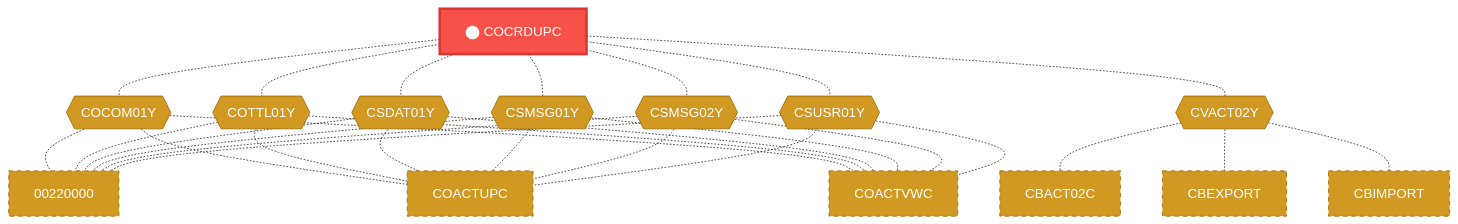
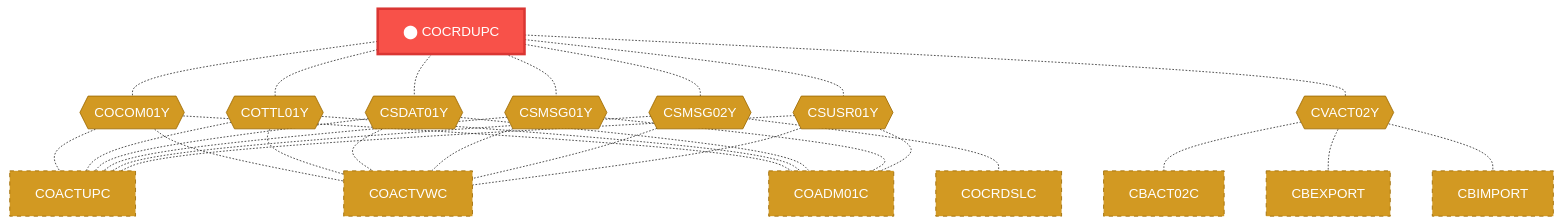
The first of 2 diagrams in Unisys_doc-main/doc_demo/docs/programs/COCRDUPC.md (Arun973150/new_doc), drawn with Mermaid before and after one commit. The commit also changed other lines of this file and 609 other files, not shown here.

````diff
--- a/Unisys_doc-main/doc_demo/docs/programs/COCRDUPC.md
+++ b/Unisys_doc-main/doc_demo/docs/programs/COCRDUPC.md
@@ -59,66 +59,66 @@
 ```mermaid
 flowchart TD
     COCRDUPC["⬤ COCRDUPC"]:::target
     CB_COCOM01Y{{"COCOM01Y"}}:::copybook
     COCRDUPC -.- CB_COCOM01Y
-    00220000["00220000"]:::coupled
-    CB_COCOM01Y -.- 00220000
     COACTUPC["COACTUPC"]:::coupled
     CB_COCOM01Y -.- COACTUPC
     COACTVWC["COACTVWC"]:::coupled
     CB_COCOM01Y -.- COACTVWC
+    COADM01C["COADM01C"]:::coupled
+    CB_COCOM01Y -.- COADM01C
     CB_COTTL01Y{{"COTTL01Y"}}:::copybook
     COCRDUPC -.- CB_COTTL01Y
-    00220000["00220000"]:::coupled
-    CB_COTTL01Y -.- 00220000
     COACTUPC["COACTUPC"]:::coupled
     CB_COTTL01Y -.- COACTUPC
     COACTVWC["COACTVWC"]:::coupled
     CB_COTTL01Y -.- COACTVWC
+    COADM01C["COADM01C"]:::coupled
+    CB_COTTL01Y -.- COADM01C
     CB_CSDAT01Y{{"CSDAT01Y"}}:::copybook
     COCRDUPC -.- CB_CSDAT01Y
-    00220000["00220000"]:::coupled
-    CB_CSDAT01Y -.- 00220000
     COACTUPC["COACTUPC"]:::coupled
     CB_CSDAT01Y -.- COACTUPC
     COACTVWC["COACTVWC"]:::coupled
     CB_CSDAT01Y -.- COACTVWC
+    COADM01C["COADM01C"]:::coupled
+    CB_CSDAT01Y -.- COADM01C
     CB_CSMSG01Y{{"CSMSG01Y"}}:::copybook
     COCRDUPC -.- CB_CSMSG01Y
-    00220000["00220000"]:::coupled
-    CB_CSMSG01Y -.- 00220000
     COACTUPC["COACTUPC"]:::coupled
     CB_CSMSG01Y -.- COACTUPC
     COACTVWC["COACTVWC"]:::coupled
     CB_CSMSG01Y -.- COACTVWC
+    COADM01C["COADM01C"]:::coupled
+    CB_CSMSG01Y -.- COADM01C
     CB_CSMSG02Y{{"CSMSG02Y"}}:::copybook
     COCRDUPC -.- CB_CSMSG02Y
-    00220000["00220000"]:::coupled
-    CB_CSMSG02Y -.- 00220000
     COACTUPC["COACTUPC"]:::coupled
     CB_CSMSG02Y -.- COACTUPC
     COACTVWC["COACTVWC"]:::coupled
     CB_CSMSG02Y -.- COACTVWC
+    COCRDSLC["COCRDSLC"]:::coupled
+    CB_CSMSG02Y -.- COCRDSLC
     CB_CSUSR01Y{{"CSUSR01Y"}}:::copybook
     COCRDUPC -.- CB_CSUSR01Y
-    00220000["00220000"]:::coupled
-    CB_CSUSR01Y -.- 00220000
     COACTUPC["COACTUPC"]:::coupled
     CB_CSUSR01Y -.- COACTUPC
     COACTVWC["COACTVWC"]:::coupled
     CB_CSUSR01Y -.- COACTVWC
+    COADM01C["COADM01C"]:::coupled
+    CB_CSUSR01Y -.- COADM01C
     CB_CVACT02Y{{"CVACT02Y"}}:::copybook
     COCRDUPC -.- CB_CVACT02Y
     CBACT02C["CBACT02C"]:::coupled
     CB_CVACT02Y -.- CBACT02C
     CBEXPORT["CBEXPORT"]:::coupled
     CB_CVACT02Y -.- CBEXPORT
     CBIMPORT["CBIMPORT"]:::coupled
     CB_CVACT02Y -.- CBIMPORT
     classDef target fill:#f85149,stroke:#da3633,color:#fff,stroke-width:3px
     classDef caller fill:#58a6ff,stroke:#1f6feb,color:#fff
     classDef callee fill:#3fb950,stroke:#238636,color:#fff
     classDef copybook fill:#d29922,stroke:#9e6a03,color:#fff
     classDef coupled fill:#d29922,stroke:#9e6a03,color:#fff,stroke-dasharray:5
     classDef transitive fill:#484f58,stroke:#8b949e,color:#c9d1d9,stroke-dasharray:5
 ```
````
